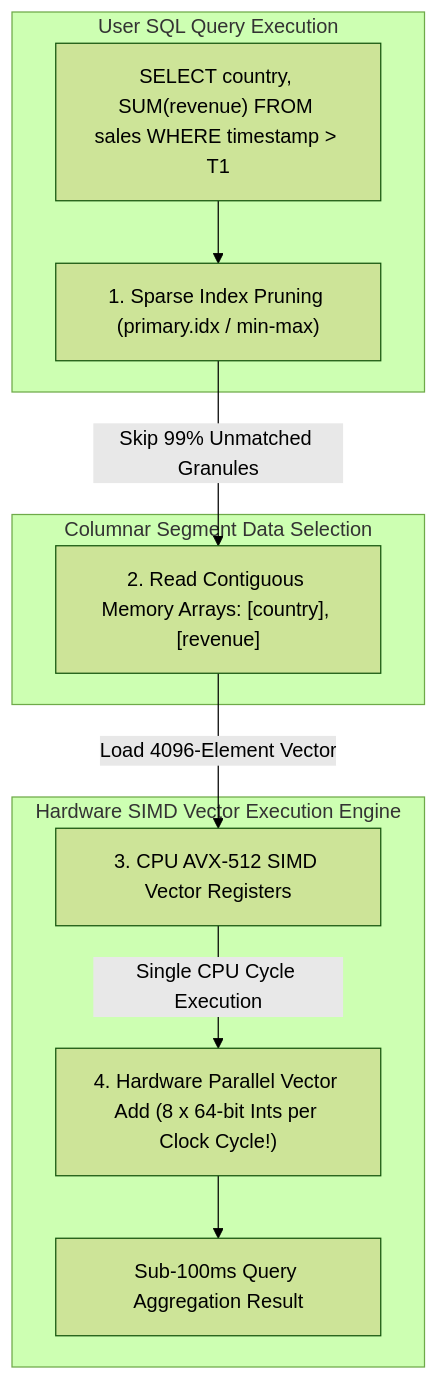
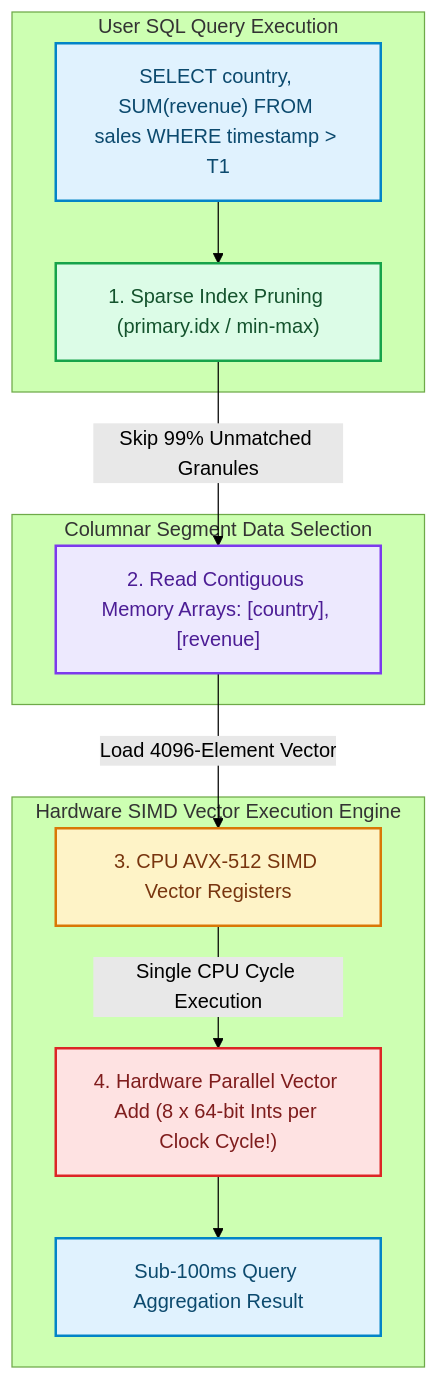
The diagram in blog/posts/vectorized-real-time-analytics-clickhouse-pinot-simd.md (akmalkhaniub/akmalkhaniub.github.io), drawn with Mermaid (forest theme) before and after one commit. The commit also changed other lines of this file and 1291 other files, not shown here.

First line of the commit message:
feat(catalog): unique covers, scholarly references, and diagram palettes

````diff
--- a/blog/posts/vectorized-real-time-analytics-clickhouse-pinot-simd.md
+++ b/blog/posts/vectorized-real-time-analytics-clickhouse-pinot-simd.md
@@ -19,16 +19,27 @@
 ```mermaid
 flowchart TD
   subgraph SG1_UserSqlQuery ["User SQL Query Execution"]
     Query["SELECT country, SUM(revenue) FROM sales WHERE timestamp > T1"] --> SparseIndex["1. Sparse Index Pruning (primary.idx / min-max)"]
   end
   
   subgraph SG2_ColumnarSegmentData ["Columnar Segment Data Selection"]
     SparseIndex -->|Skip 99% Unmatched Granules| SelectedColumns["2. Read Contiguous Memory Arrays: [country], [revenue]"]
   end
   
   subgraph SG3_HardwareSimdVector ["Hardware SIMD Vector Execution Engine"]
     SelectedColumns -->|Load 4096-Element Vector| SIMDRegisters["3. CPU AVX-512 SIMD Vector Registers"]
     SIMDRegisters -->|Single CPU Cycle Execution| SIMDAdd["4. Hardware Parallel Vector Add (8 x 64-bit Ints per Clock Cycle!)"]
     SIMDAdd --> AggregateResult[" Sub-100ms Query Aggregation Result"]
   end
+
+classDef green fill:#dcfce7,stroke:#16a34a,stroke-width:2px,color:#14532d;
+classDef red fill:#fee2e2,stroke:#dc2626,stroke-width:2px,color:#7f1d1d;
+classDef blue fill:#e0f2fe,stroke:#0284c7,stroke-width:2px,color:#0c4a6e;
+classDef yellow fill:#fef3c7,stroke:#d97706,stroke-width:2px,color:#78350f;
+classDef purple fill:#ede9fe,stroke:#7c3aed,stroke-width:2px,color:#4c1d95;
+class Query,AggregateResult blue
+class SparseIndex green
+class SelectedColumns purple
+class SIMDRegisters yellow
+class SIMDAdd red
 ```
````
